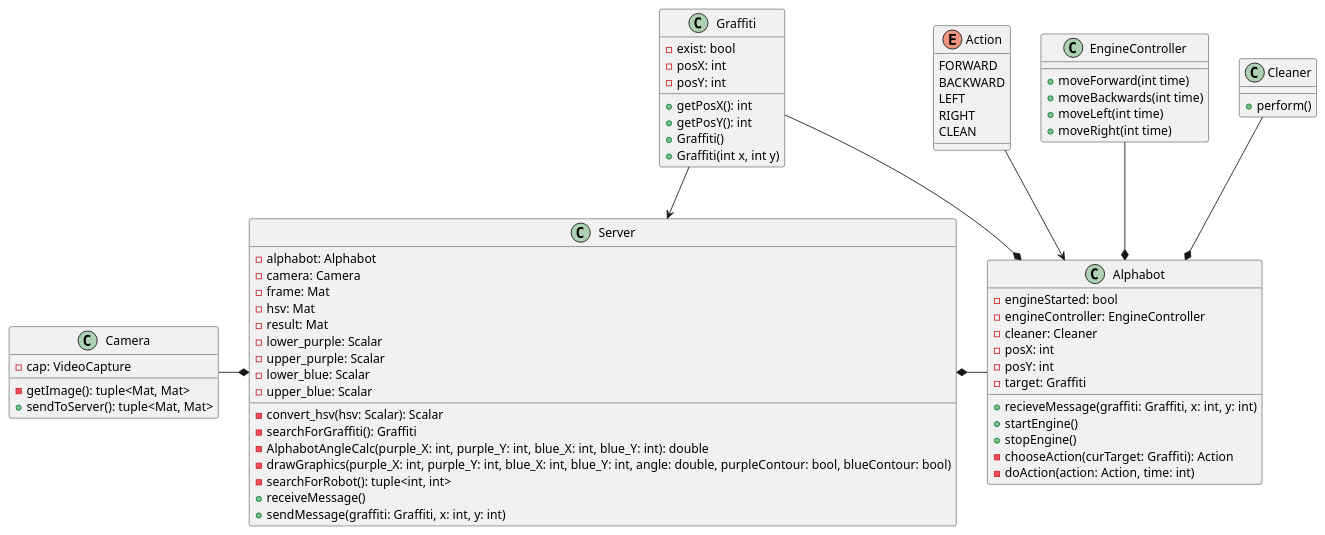
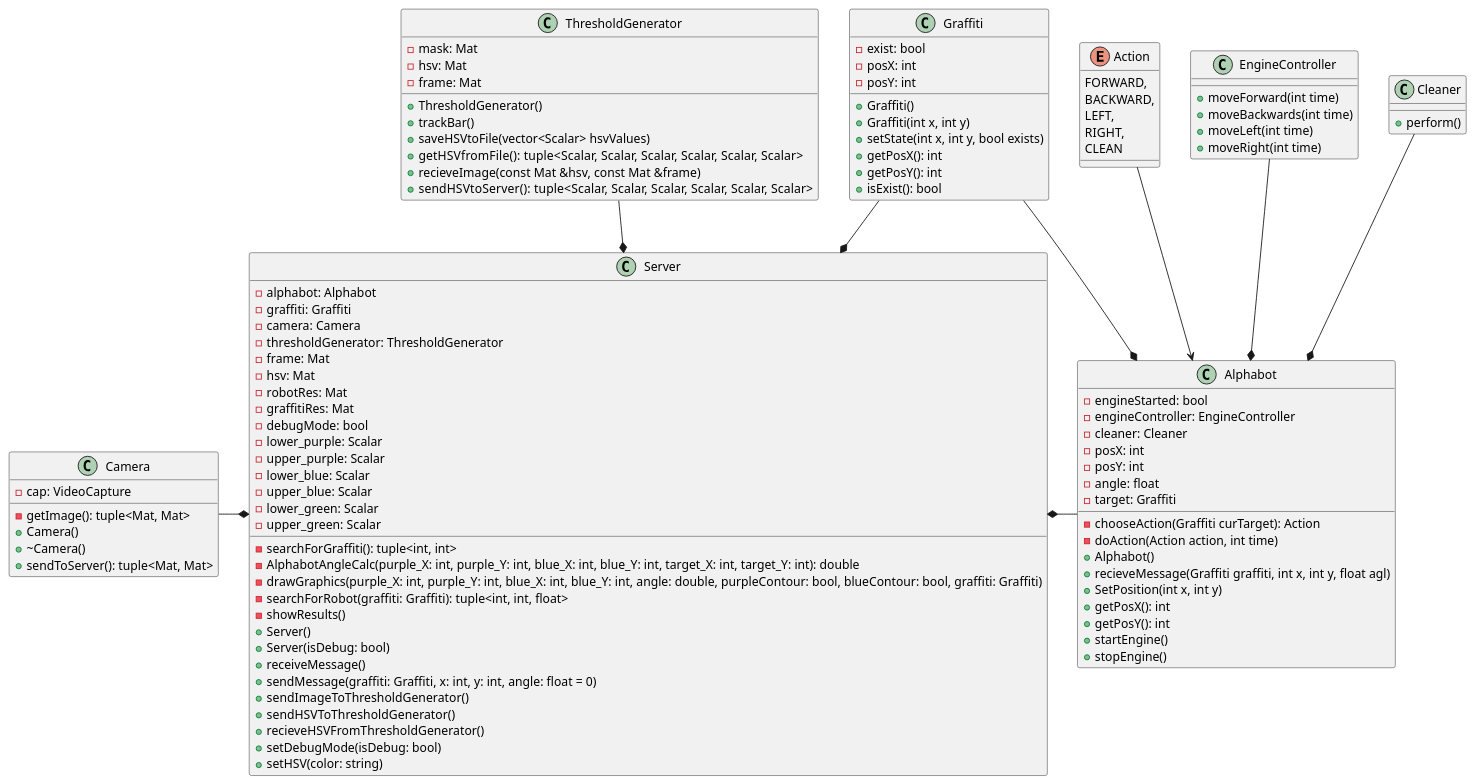
Before and after one commit to kolganovr/Alphabot: the diagram in plantUML.wsd, drawn with PlantUML.

Commit message:
UML
Обновлена диаграмма

```diff
--- a/plantUML.wsd
+++ b/plantUML.wsd
@@ -1,76 +1,114 @@
 @startuml Alphabot
+
 enum Action {
-    FORWARD
-    BACKWARD
-    LEFT
-    RIGHT
+    FORWARD,
+    BACKWARD,
+    LEFT,
+    RIGHT,
     CLEAN
 }
 
 class EngineController {
     + moveForward(int time)
     + moveBackwards(int time)
     + moveLeft(int time)
     + moveRight(int time)
 }
 
 class Cleaner {
     + perform()
 }
 
 class Camera {
     - cap: VideoCapture
     - getImage(): tuple<Mat, Mat>
+    + Camera()
+    + ~Camera()
     + sendToServer(): tuple<Mat, Mat>
 }
 
 class Graffiti {
     - exist: bool
     - posX: int
     - posY: int
+    + Graffiti()
+    + Graffiti(int x, int y)
+    + setState(int x, int y, bool exists)
     + getPosX(): int
     + getPosY(): int
-    + Graffiti()
-    + Graffiti(int x, int y)
+    + isExist(): bool
 }
 
 class Alphabot {
     - engineStarted: bool
     - engineController: EngineController
     - cleaner: Cleaner
     - posX: int
     - posY: int
+    - angle: float
     - target: Graffiti
-    + recieveMessage(graffiti: Graffiti, x: int, y: int)
+    - chooseAction(Graffiti curTarget): Action
+    - doAction(Action action, int time)
+    + Alphabot()
+    + recieveMessage(Graffiti graffiti, int x, int y, float agl)
+    + SetPosition(int x, int y)
+    + getPosX(): int
+    + getPosY(): int
     + startEngine()
     + stopEngine()
-    - chooseAction(curTarget: Graffiti): Action
-    - doAction(action: Action, time: int)
+}
+
+class ThresholdGenerator {
+    - mask: Mat
+    - hsv: Mat
+    - frame: Mat
+    + ThresholdGenerator()
+    + trackBar()
+    + saveHSVtoFile(vector<Scalar> hsvValues)
+    + getHSVfromFile(): tuple<Scalar, Scalar, Scalar, Scalar, Scalar, Scalar>
+    + recieveImage(const Mat &hsv, const Mat &frame)
+    + sendHSVtoServer(): tuple<Scalar, Scalar, Scalar, Scalar, Scalar, Scalar>
 }
 
 class Server {
-    - alphabot: Alphabot
-    - camera: Camera
-    - frame: Mat
-    - hsv: Mat
-    - result: Mat
-    - lower_purple: Scalar
-    - upper_purple: Scalar
-    - lower_blue: Scalar
-    - upper_blue: Scalar
-    - convert_hsv(hsv: Scalar): Scalar
-    - searchForGraffiti(): Graffiti
-    - AlphabotAngleCalc(purple_X: int, purple_Y: int, blue_X: int, blue_Y: int): double
-    - drawGraphics(purple_X: int, purple_Y: int, blue_X: int, blue_Y: int, angle: double, purpleContour: bool, blueContour: bool)
-    - searchForRobot(): tuple<int, int>
-    + receiveMessage()
-    + sendMessage(graffiti: Graffiti, x: int, y: int)
+- alphabot: Alphabot
+- graffiti: Graffiti
+- camera: Camera
+- thresholdGenerator: ThresholdGenerator
+- frame: Mat
+- hsv: Mat
+- robotRes: Mat
+- graffitiRes: Mat
+- debugMode: bool
+- lower_purple: Scalar
+- upper_purple: Scalar
+- lower_blue: Scalar
+- upper_blue: Scalar
+- lower_green: Scalar
+- upper_green: Scalar
+- searchForGraffiti(): tuple<int, int>
+- AlphabotAngleCalc(purple_X: int, purple_Y: int, blue_X: int, blue_Y: int, target_X: int, target_Y: int): double
+- drawGraphics(purple_X: int, purple_Y: int, blue_X: int, blue_Y: int, angle: double, purpleContour: bool, blueContour: bool, graffiti: Graffiti)
+- searchForRobot(graffiti: Graffiti): tuple<int, int, float>
+- showResults()
++ Server()
++ Server(isDebug: bool)
++ receiveMessage()
++ sendMessage(graffiti: Graffiti, x: int, y: int, angle: float = 0)
++ sendImageToThresholdGenerator()
++ sendHSVToThresholdGenerator()
++ recieveHSVFromThresholdGenerator()
++ setDebugMode(isDebug: bool)
++ setHSV(color: string)
+
 }
+
 EngineController --* Alphabot
 Cleaner --* Alphabot
 Graffiti --* Alphabot
 Action --> Alphabot
-Graffiti --> Server
+Graffiti --* Server
+ThresholdGenerator --* Server
 Camera -* Server
 Server *- Alphabot
 @enduml
```
